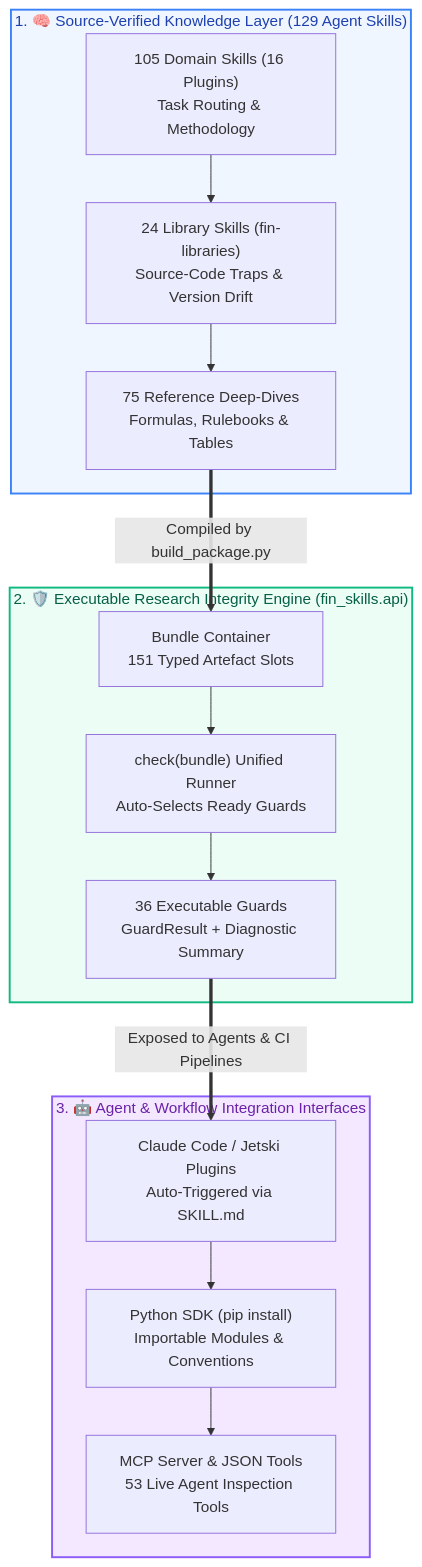
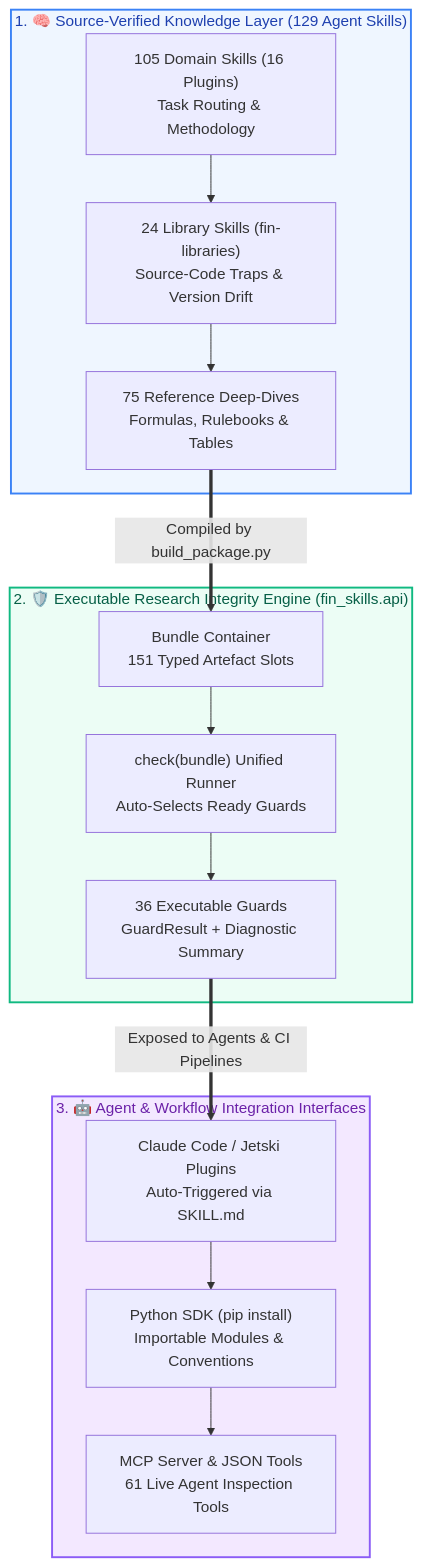
Before and after one commit to howard-lynn-ye/fin-skills: the diagram in README.md, drawn with Mermaid. The commit also changed other lines of this file and 73 other files, not shown here.

````diff
--- a/README.md
+++ b/README.md
@@ -61,21 +64,21 @@
 ```mermaid
 flowchart TD
     subgraph TIER1 ["1. 🧠 Source-Verified Knowledge Layer (129 Agent Skills)"]
         D1["105 Domain Skills (16 Plugins)<br/>Task Routing & Methodology"] --> D2["24 Library Skills (fin-libraries)<br/>Source-Code Traps & Version Drift"] --> D3["75 Reference Deep-Dives<br/>Formulas, Rulebooks & Tables"]
     end
 
     subgraph TIER2 ["2. 🛡️ Executable Research Integrity Engine (fin_skills.api)"]
         E1["Bundle Container<br/>151 Typed Artefact Slots"] --> E2["check(bundle) Unified Runner<br/>Auto-Selects Ready Guards"] --> E3["36 Executable Guards<br/>GuardResult + Diagnostic Summary"]
     end
 
     subgraph TIER3 ["3. 🤖 Agent & Workflow Integration Interfaces"]
-        I1["Claude Code / Jetski Plugins<br/>Auto-Triggered via SKILL.md"] --> I2["Python SDK (pip install)<br/>Importable Modules & Conventions"] --> I3["MCP Server & JSON Tools<br/>53 Live Agent Inspection Tools"]
+        I1["Claude Code / Jetski Plugins<br/>Auto-Triggered via SKILL.md"] --> I2["Python SDK (pip install)<br/>Importable Modules & Conventions"] --> I3["MCP Server & JSON Tools<br/>61 Live Agent Inspection Tools"]
     end
 
     D3 ==>|Compiled by build_package.py| E1
     E3 ==>|Exposed to Agents & CI Pipelines| I1
 
     style TIER1 fill:#eff6ff,stroke:#3b82f6,stroke-width:2px,color:#1e40af
     style TIER2 fill:#ecfdf5,stroke:#10b981,stroke-width:2px,color:#065f46
     style TIER3 fill:#f3e8ff,stroke:#8b5cf6,stroke-width:2px,color:#6b21a8
 ```
````
